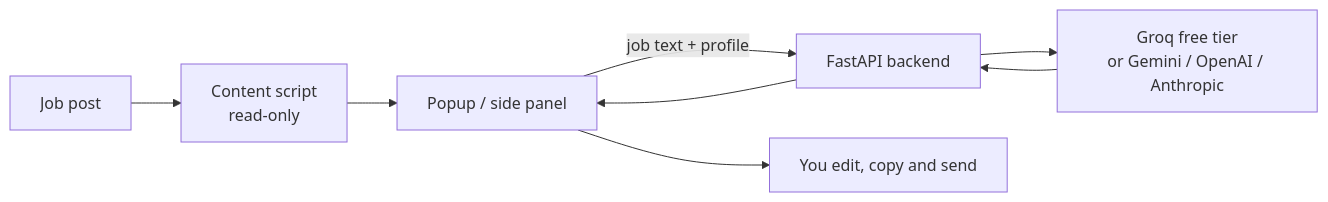
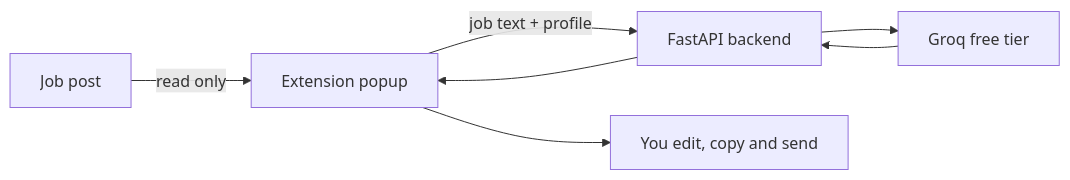
Before and after one commit to shayan9689/Browser-extension-for-freelancers: the diagram in README.md, drawn with Mermaid. The commit also changed other lines of this file and 3 other files, not shown here.

````diff
--- a/README.md
+++ b/README.md
@@ -29,9 +41,8 @@
 ```mermaid
 flowchart LR
-  Page[Job post] --> CS[Content script<br/>read-only]
-  CS --> Panel[Popup / side panel]
-  Panel -->|job text + profile| API[FastAPI backend]
-  API --> LLM[Groq free tier<br/>or Gemini / OpenAI / Anthropic]
-  LLM --> API --> Panel
-  Panel --> You[You edit, copy and send]
+  Page[Job post] -->|read only| Ext[Extension popup]
+  Ext -->|job text + profile| API[FastAPI backend]
+  API --> LLM[Groq free tier]
+  LLM --> API --> Ext
+  Ext --> You[You edit, copy and send]
 ```
````
